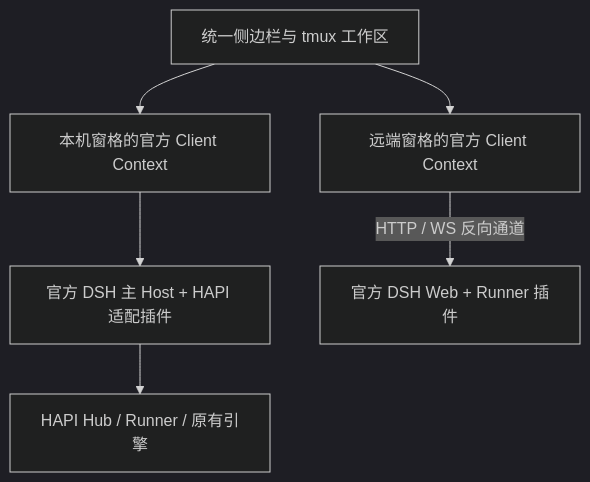
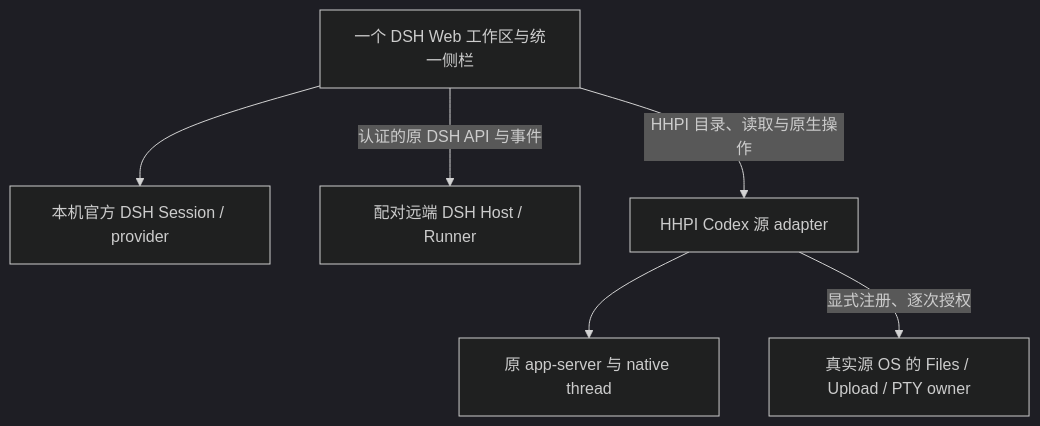
Before and after one commit to dqtz5vpvj9-create/hapi-dsh: the diagram in docs/architecture.md, drawn with Mermaid (dark theme). The commit also changed other lines of this file and 1003 other files, not shown here.

First line of the commit message:
feat: deliver native HHPI workspace and refresh project guide

````diff
--- a/docs/architecture.md
+++ b/docs/architecture.md
@@ -5,14 +5,14 @@
 ```mermaid
 flowchart TD
-    Shell["统一侧边栏与 tmux 工作区"]
-    Main["本机窗格的官方 Client Context"]
-    Remote["远端窗格的官方 Client Context"]
-    Host["官方 DSH 主 Host + HAPI 适配插件"]
-    Worker["官方 DSH Web + Runner 插件"]
-    Native["HAPI Hub / Runner / 原有引擎"]
-    Shell --> Main
-    Shell --> Remote
-    Main --> Host
-    Remote -->|"HTTP / WS 反向通道"| Worker
-    Host --> Native
+    Workspace["一个 DSH Web 工作区与统一侧栏"]
+    Local["本机官方 DSH Session / provider"]
+    Remote["配对远端 DSH Host / Runner"]
+    Native["HHPI Codex 源 adapter"]
+    Codex["原 app-server 与 native thread"]
+    Resources["真实源 OS 的 Files / Upload / PTY owner"]
+    Workspace --> Local
+    Workspace -->|"认证的原 DSH API 与事件"| Remote
+    Workspace -->|"HHPI 目录、读取与原生操作"| Native
+    Native --> Codex
+    Native -->|"显式注册、逐次授权"| Resources
 ```
````
